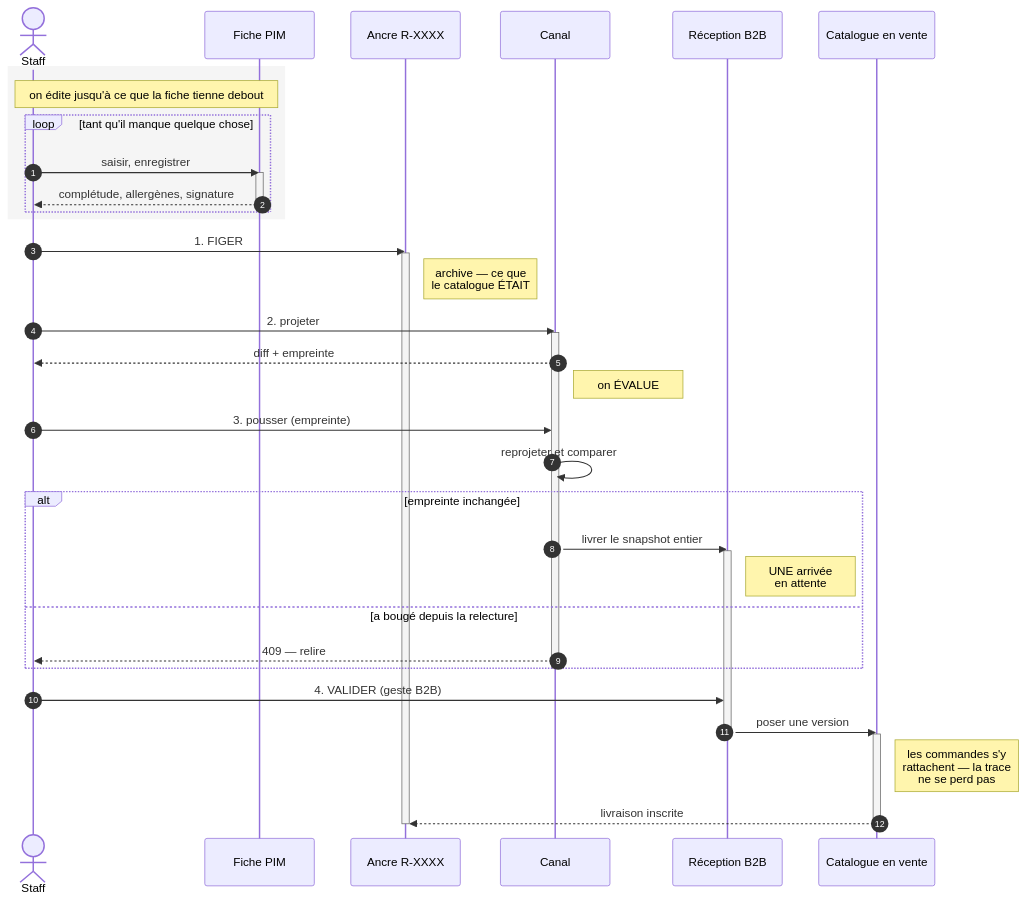
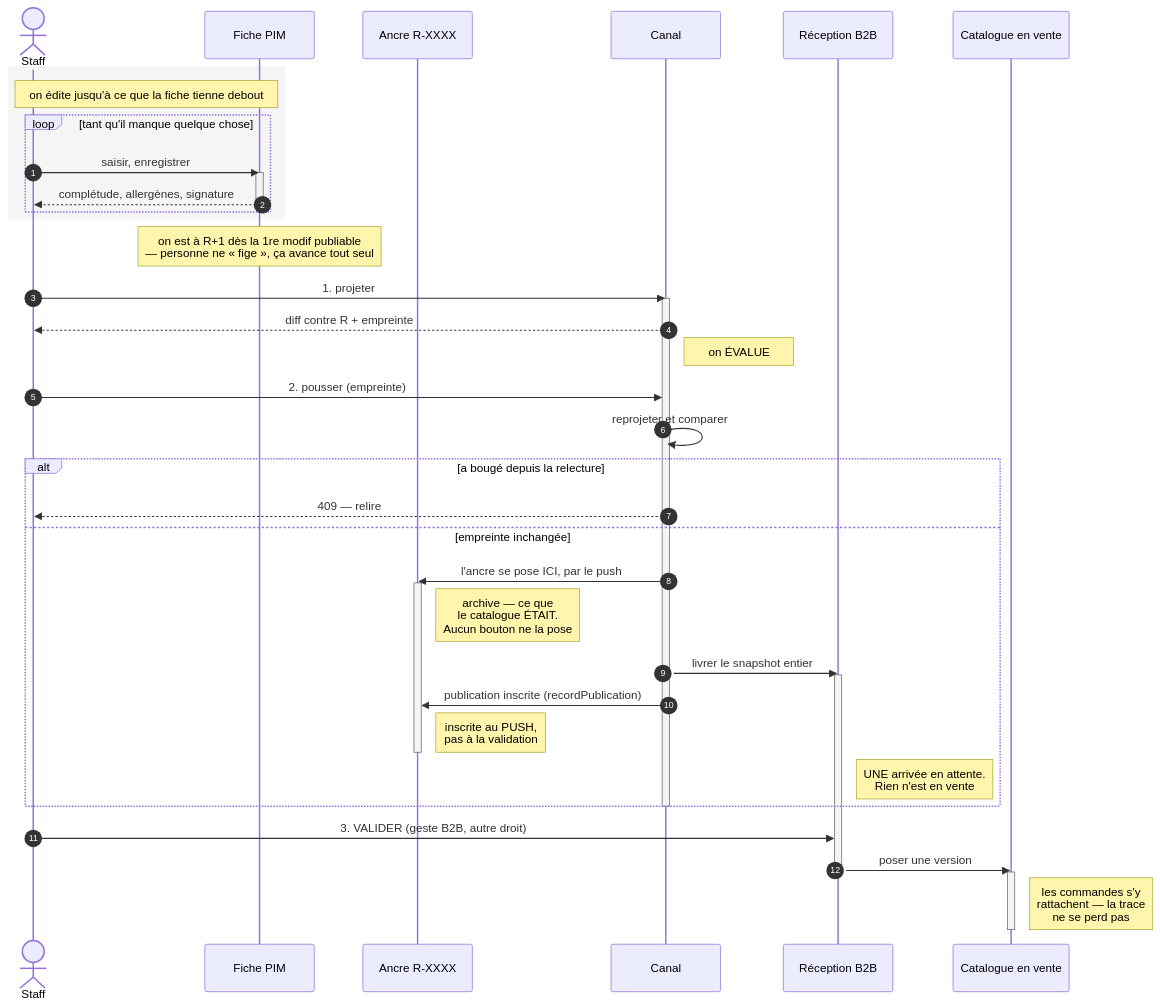
The diagram in documentation/pim/conception-stage-evaluer-pousser.md (hugoheynard/lfd), drawn with Mermaid before and after one commit. The commit also changed other lines of this file, not shown here.

````diff
--- a/documentation/pim/conception-stage-evaluer-pousser.md
+++ b/documentation/pim/conception-stage-evaluer-pousser.md
@@ -35,49 +54,51 @@
 ```mermaid
 sequenceDiagram
   autonumber
   actor S as Staff
   participant F as Fiche PIM
   participant A as Ancre R-XXXX
   participant C as Canal
   participant R as Réception B2B
   participant V as Catalogue en vente
 
   rect rgb(245,245,245)
     Note over S,F: on édite jusqu'à ce que la fiche tienne debout
     loop tant qu'il manque quelque chose
       S->>F: saisir, enregistrer
       activate F
       F-->>S: complétude, allergènes, signature
       deactivate F
     end
   end
 
-  S->>A: 1. FIGER
-  activate A
-  Note right of A: archive — ce que<br/>le catalogue ÉTAIT
+  Note over F: on est à R+1 dès la 1re modif publiable<br/>— personne ne « fige », ça avance tout seul
 
-  S->>C: 2. projeter
+  S->>C: 1. projeter
   activate C
-  C-->>S: diff + empreinte
+  C-->>S: diff contre R + empreinte
   Note right of C: on ÉVALUE
 
-  S->>C: 3. pousser (empreinte)
+  S->>C: 2. pousser (empreinte)
   C->>C: reprojeter et comparer
-  alt empreinte inchangée
+  alt a bougé depuis la relecture
+    C-->>S: 409 — relire
+  else empreinte inchangée
+    C->>A: l'ancre se pose ICI, par le push
+    activate A
+    Note right of A: archive — ce que<br/>le catalogue ÉTAIT.<br/>Aucun bouton ne la pose
     C->>R: livrer le snapshot entier
     activate R
-    Note right of R: UNE arrivée<br/>en attente
-  else a bougé depuis la relecture
-    C-->>S: 409 — relire
+    C->>A: publication inscrite (recordPublication)
+    Note right of A: inscrite au PUSH,<br/>pas à la validation
+    deactivate A
+    Note right of R: UNE arrivée en attente.<br/>Rien n'est en vente
   end
   deactivate C
 
-  S->>R: 4. VALIDER (geste B2B)
+  S->>R: 3. VALIDER (geste B2B, autre droit)
   R->>V: poser une version
   deactivate R
   activate V
   Note right of V: les commandes s'y<br/>rattachent — la trace<br/>ne se perd pas
-  V-->>A: livraison inscrite
   deactivate V
-  deactivate A
 ```
````
